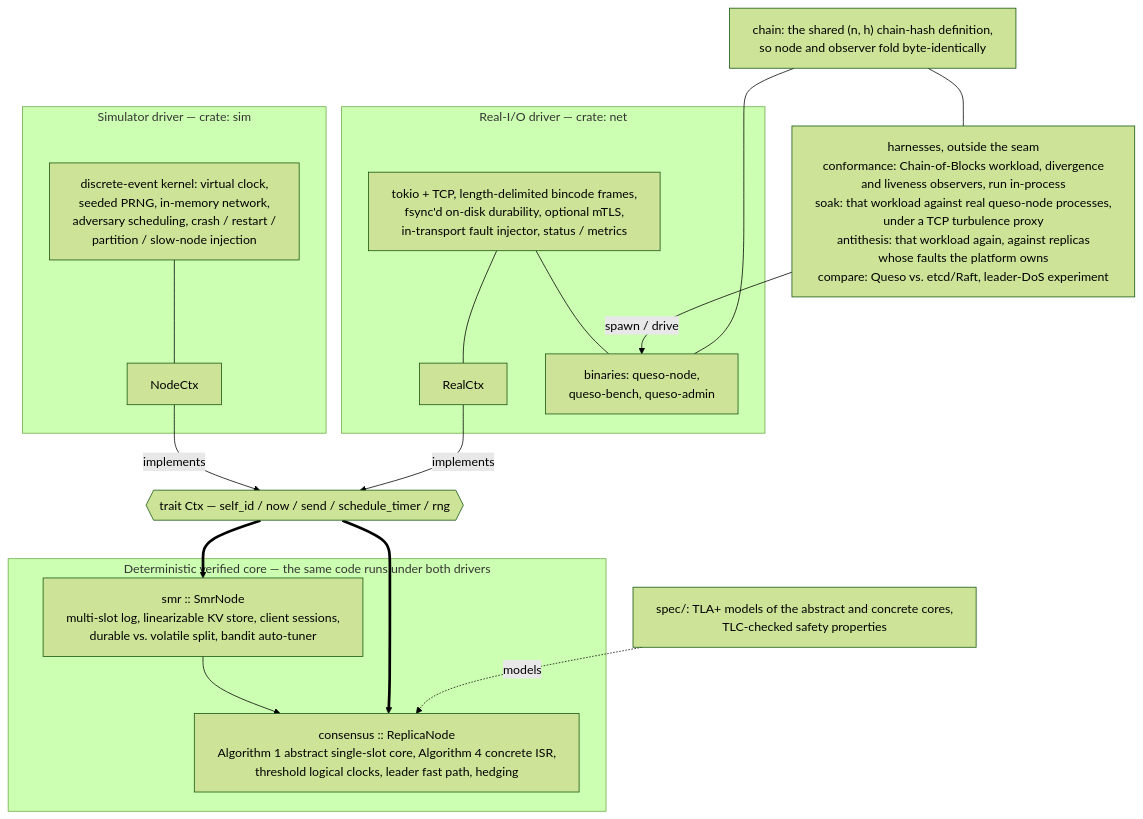
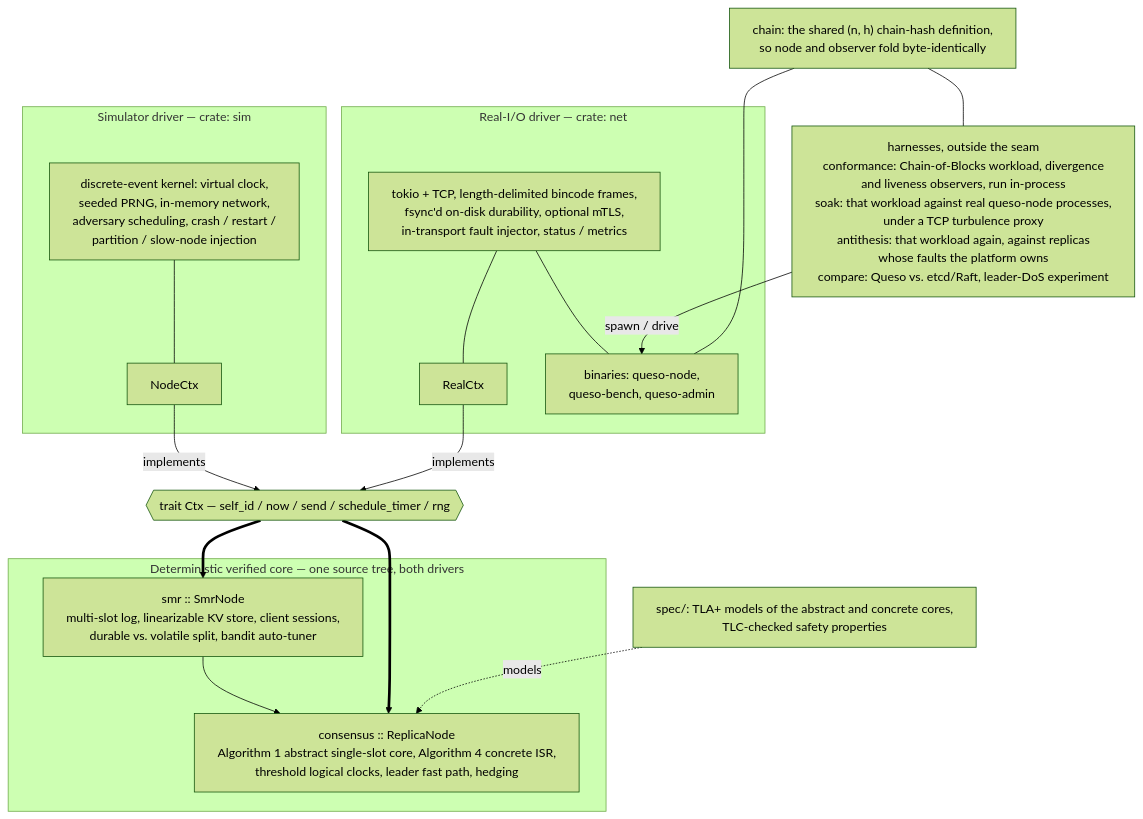
Before and after one commit to evelynmitchell/queso: the diagram in README.md, drawn with Mermaid (forest theme). The commit also changed other lines of this file and 1 other file, not shown here.

````diff
--- a/README.md
+++ b/README.md
@@ -167,39 +167,39 @@
 ```mermaid
 %%{init: {'flowchart': {'wrappingWidth': 460}}}%%
 flowchart TB
     subgraph SIMD["Simulator driver — crate: sim"]
         SK["discrete-event kernel: virtual clock,<br/>seeded PRNG, in-memory network,<br/>adversary scheduling, crash / restart /<br/>partition / slow-node injection"]
         SC["NodeCtx"]
         SK --- SC
     end
 
     subgraph NETD["Real-I/O driver — crate: net"]
         NK["tokio + TCP, length-delimited bincode frames,<br/>fsync'd on-disk durability, optional mTLS,<br/>in-transport fault injector, status / metrics"]
         RC["RealCtx"]
         BIN["binaries: queso-node,<br/>queso-bench, queso-admin"]
         NK --- RC
         NK --- BIN
     end
 
     HARN["harnesses, outside the seam<br/>conformance: Chain-of-Blocks workload, divergence<br/>and liveness observers, run in-process<br/>soak: that workload against real queso-node processes,<br/>under a TCP turbulence proxy<br/>antithesis: that workload again, against replicas<br/>whose faults the platform owns<br/>compare: Queso vs. etcd/Raft, leader-DoS experiment"]
     CHAIN["chain: the shared (n, h) chain-hash definition,<br/>so node and observer fold byte-identically"]
     HARN -- "spawn / drive" --> BIN
     CHAIN --- BIN
     CHAIN --- HARN
 
     CTX{{"trait Ctx — self_id / now / send / schedule_timer / rng"}}
     SC -- implements --> CTX
     RC -- implements --> CTX
 
-    subgraph CORE["Deterministic verified core — the same code runs under both drivers"]
+    subgraph CORE["Deterministic verified core — one source tree, both drivers"]
         SMR["smr :: SmrNode<br/>multi-slot log, linearizable KV store, client sessions,<br/>durable vs. volatile split, bandit auto-tuner"]
         CONS["consensus :: ReplicaNode<br/>Algorithm 1 abstract single-slot core, Algorithm 4 concrete ISR,<br/>threshold logical clocks, leader fast path, hedging"]
         SMR --> CONS
     end
 
     CTX ==> SMR
     CTX ==> CONS
 
     SPEC["spec/: TLA+ models of the abstract and concrete cores,<br/>TLC-checked safety properties"]
     SPEC -.->|"models"| CONS
 ```
````
